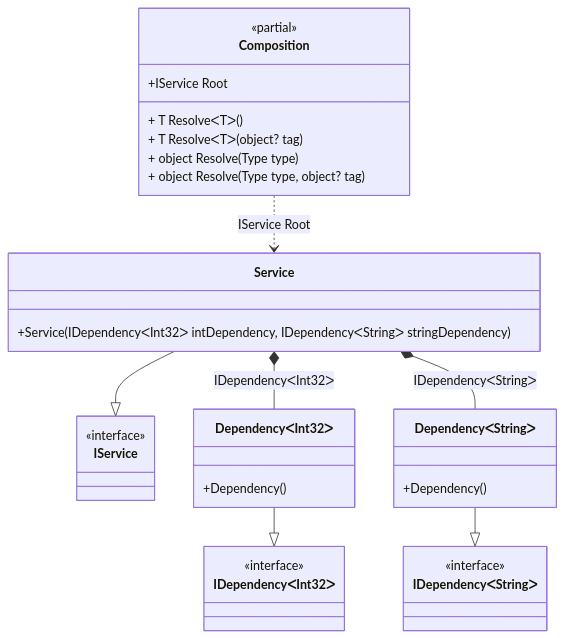
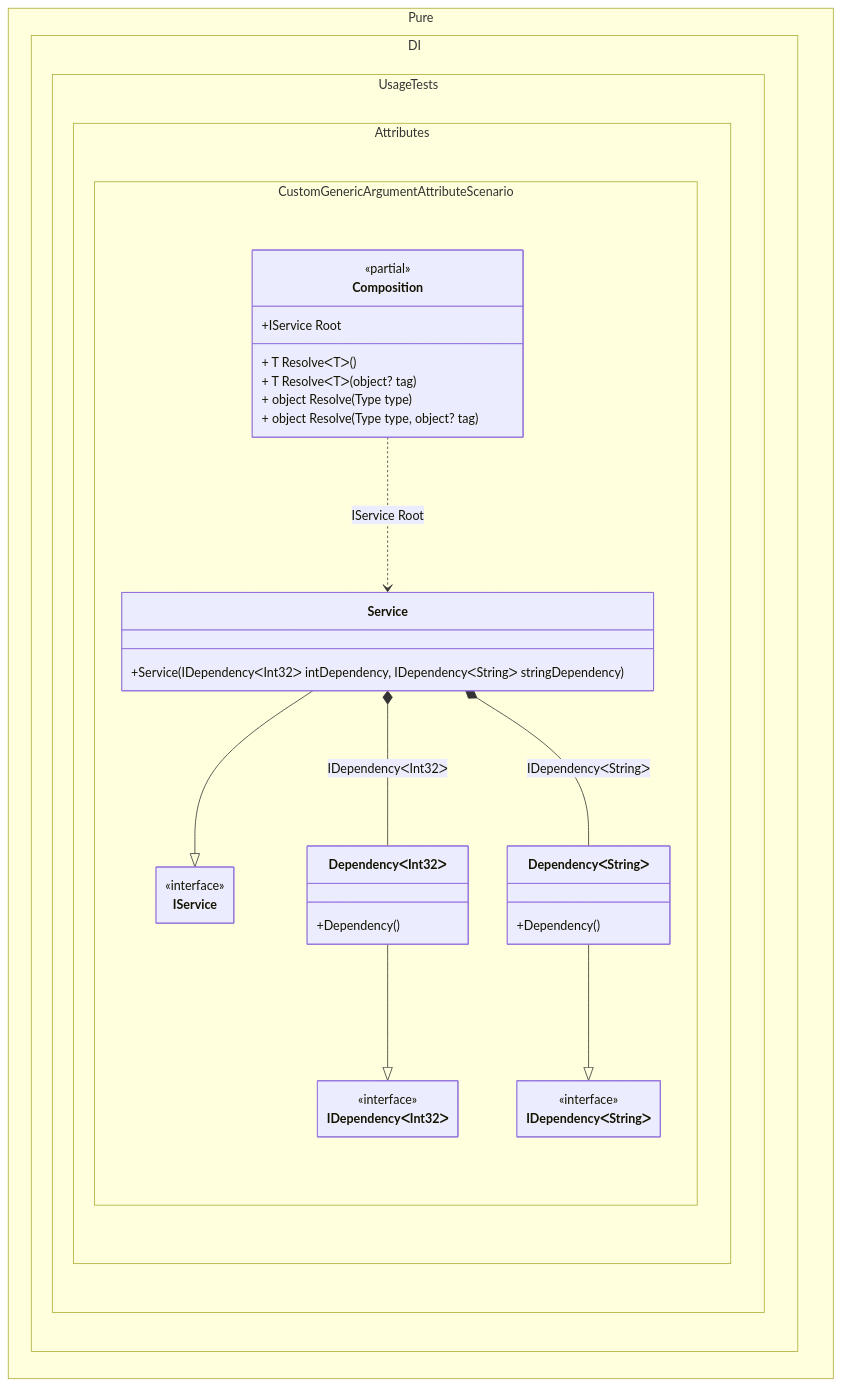
Before and after one commit to DevTeam/Pure.DI: the diagram in readme/custom-generic-argument-attribute.md, drawn with Mermaid. The commit also changed 103 other files, not shown here.

Commit message:
Improved class diagrams

````diff
--- a/readme/custom-generic-argument-attribute.md
+++ b/readme/custom-generic-argument-attribute.md
@@ -194,35 +194,42 @@
 ```mermaid
+---
+ config:
+  class:
+   hideEmptyMembersBox: true
+---
 classDiagram
-	class Composition {
+	Service --|> IService
+	DependencyᐸInt32ᐳ --|> IDependencyᐸInt32ᐳ
+	DependencyᐸStringᐳ --|> IDependencyᐸStringᐳ
+	Composition ..> Service : IService Root
+	Service *--  DependencyᐸInt32ᐳ : IDependencyᐸInt32ᐳ
+	Service *--  DependencyᐸStringᐳ : IDependencyᐸStringᐳ
+	namespace Pure.DI.UsageTests.Attributes.CustomGenericArgumentAttributeScenario {
+		class Composition {
 		<<partial>>
 		+IService Root
 		+ T ResolveᐸTᐳ()
 		+ T ResolveᐸTᐳ(object? tag)
 		+ object Resolve(Type type)
 		+ object Resolve(Type type, object? tag)
+		}
+		class DependencyᐸInt32ᐳ {
+			+Dependency()
+		}
+		class DependencyᐸStringᐳ {
+			+Dependency()
+		}
+		class IDependencyᐸInt32ᐳ {
+			<<interface>>
+		}
+		class IDependencyᐸStringᐳ {
+			<<interface>>
+		}
+		class IService {
+			<<interface>>
+		}
+		class Service {
+			+Service(IDependencyᐸInt32ᐳ intDependency, IDependencyᐸStringᐳ stringDependency)
+		}
 	}
-	Service --|> IService
-	class Service {
-		+Service(IDependencyᐸInt32ᐳ intDependency, IDependencyᐸStringᐳ stringDependency)
-	}
-	DependencyᐸInt32ᐳ --|> IDependencyᐸInt32ᐳ
-	class DependencyᐸInt32ᐳ {
-		+Dependency()
-	}
-	DependencyᐸStringᐳ --|> IDependencyᐸStringᐳ
-	class DependencyᐸStringᐳ {
-		+Dependency()
-	}
-	class IService {
-		<<interface>>
-	}
-	class IDependencyᐸInt32ᐳ {
-		<<interface>>
-	}
-	class IDependencyᐸStringᐳ {
-		<<interface>>
-	}
-	Composition ..> Service : IService Root
-	Service *--  DependencyᐸInt32ᐳ : IDependencyᐸInt32ᐳ
-	Service *--  DependencyᐸStringᐳ : IDependencyᐸStringᐳ
 ```
````
